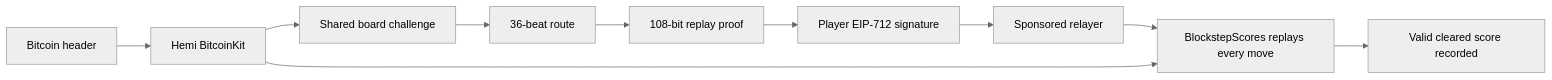
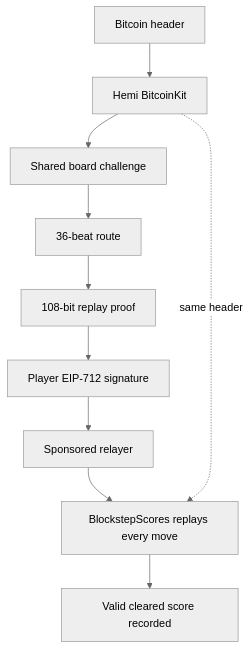
One commit to 0xGnar98/blockstep changed the diagram in README.md. Above: the diagram before and after it, drawn with Mermaid (neutral theme). The commit also changed 3 other files, not shown here.

````diff
--- a/README.md
+++ b/README.md
@@ -28,12 +28,12 @@
 ```mermaid
-flowchart LR
+flowchart TB
   A["Bitcoin header"] --> B["Hemi BitcoinKit"]
   B --> C["Shared board challenge"]
   C --> D["36-beat route"]
   D --> E["108-bit replay proof"]
   E --> F["Player EIP-712 signature"]
   F --> G["Sponsored relayer"]
   G --> H["BlockstepScores replays every move"]
-  B --> H
+  B -. "same header" .-> H
   H --> I["Valid cleared score recorded"]
 ```
````
